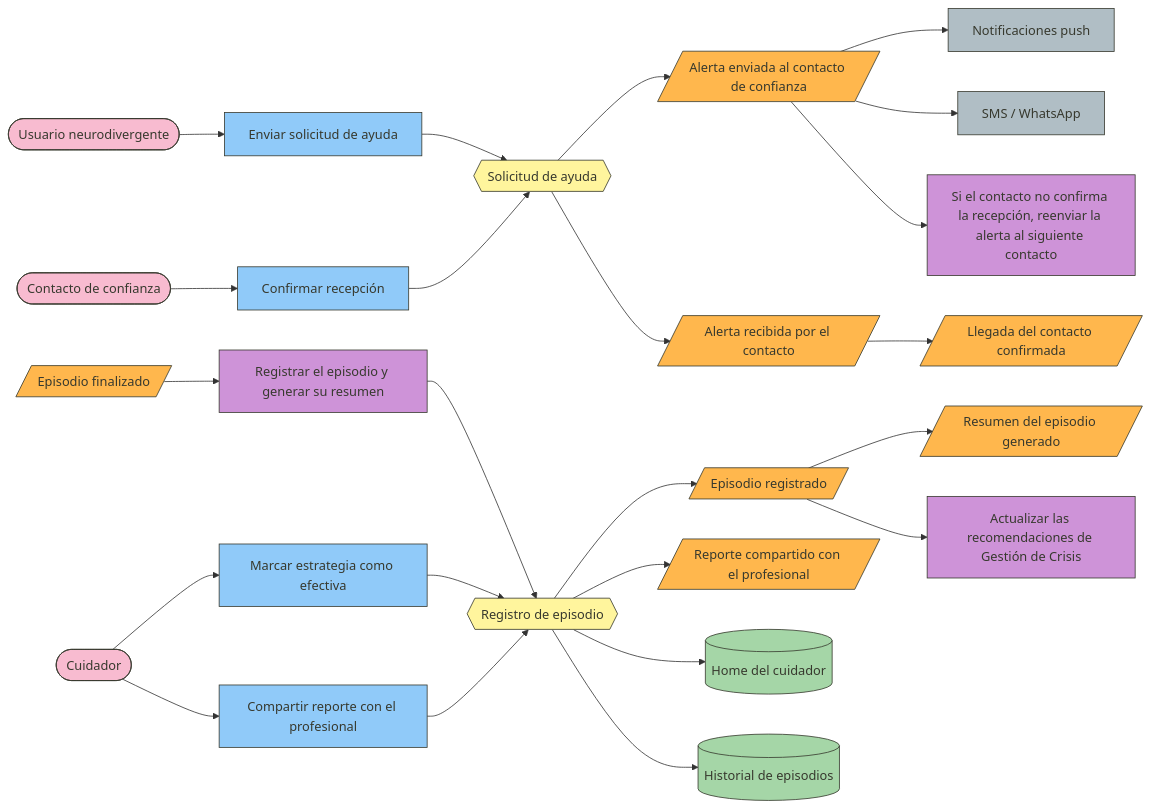
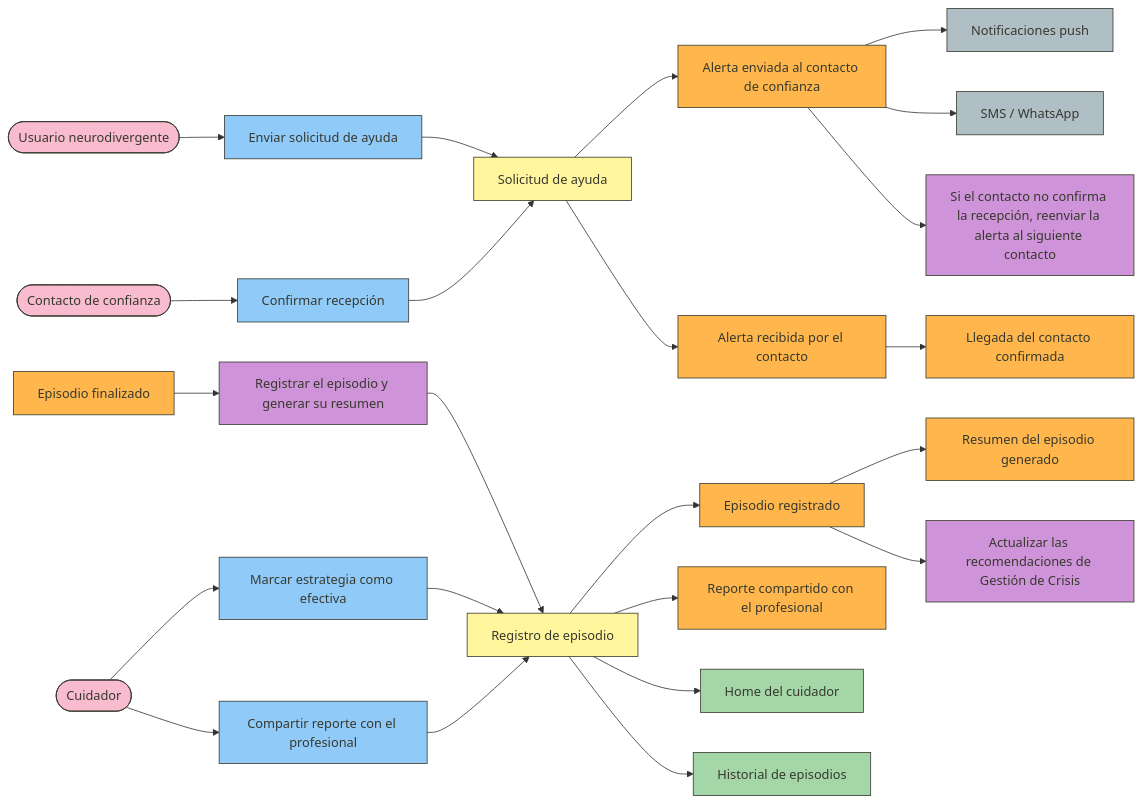
One commit to ASI0729-2620-7793-Open-Source/Macally changed the fifth of 10 diagrams in Chapter-4.md. Above: the diagram before and after it, drawn with Mermaid. The commit also changed other lines of this file, not shown here.

Commit message:
fix(chapter4): replace shapes that clipped diagram labels

````diff
--- a/Chapter-4.md
+++ b/Chapter-4.md
@@ -1154,48 +1154,48 @@
 ```mermaid
 flowchart LR
     classDef actor fill:#F8BBD0,stroke:#37392E,color:#37392E
     classDef cmd fill:#90CAF9,stroke:#37392E,color:#37392E
     classDef agg fill:#FFF59D,stroke:#37392E,color:#37392E
     classDef evt fill:#FFB74D,stroke:#37392E,color:#37392E
     classDef pol fill:#CE93D8,stroke:#37392E,color:#37392E
     classDef qry fill:#A5D6A7,stroke:#37392E,color:#37392E
     classDef ext fill:#B0BEC5,stroke:#37392E,color:#37392E
 
     A1(["Usuario neurodivergente"]):::actor
     A2(["Contacto de confianza"]):::actor
     A3(["Cuidador"]):::actor
     C1["Enviar solicitud de ayuda"]:::cmd
     C2["Confirmar recepción"]:::cmd
     C3["Marcar estrategia como efectiva"]:::cmd
     C4["Compartir reporte con el profesional"]:::cmd
-    AG1{{"Solicitud de ayuda"}}:::agg
-    AG2{{"Registro de episodio"}}:::agg
-    E0[/"Episodio finalizado"/]:::evt
-    E1[/"Alerta enviada al contacto de confianza"/]:::evt
-    E2[/"Alerta recibida por el contacto"/]:::evt
-    E3[/"Llegada del contacto confirmada"/]:::evt
-    E4[/"Episodio registrado"/]:::evt
-    E5[/"Resumen del episodio generado"/]:::evt
-    E6[/"Reporte compartido con el profesional"/]:::evt
+    AG1["Solicitud de ayuda"]:::agg
+    AG2["Registro de episodio"]:::agg
+    E0["Episodio finalizado"]:::evt
+    E1["Alerta enviada al contacto de confianza"]:::evt
+    E2["Alerta recibida por el contacto"]:::evt
+    E3["Llegada del contacto confirmada"]:::evt
+    E4["Episodio registrado"]:::evt
+    E5["Resumen del episodio generado"]:::evt
+    E6["Reporte compartido con el profesional"]:::evt
     P1["Si el contacto no confirma la recepción, reenviar la alerta al siguiente contacto"]:::pol
     P2["Registrar el episodio y generar su resumen"]:::pol
     P3["Actualizar las recomendaciones de Gestión de Crisis"]:::pol
-    Q1[("Home del cuidador")]:::qry
-    Q2[("Historial de episodios")]:::qry
+    Q1["Home del cuidador"]:::qry
+    Q2["Historial de episodios"]:::qry
     X1["Notificaciones push"]:::ext
     X2["SMS / WhatsApp"]:::ext
 
     A1 --> C1 --> AG1 --> E1
     E1 --> X1
     E1 --> X2
     A2 --> C2 --> AG1
     AG1 --> E2 --> E3
     E1 --> P1
     E0 --> P2 --> AG2 --> E4 --> E5
     E4 --> P3
     A3 --> C3 --> AG2
     A3 --> C4 --> AG2
     AG2 --> E6
     AG2 --> Q1
     AG2 --> Q2
 ```
````
